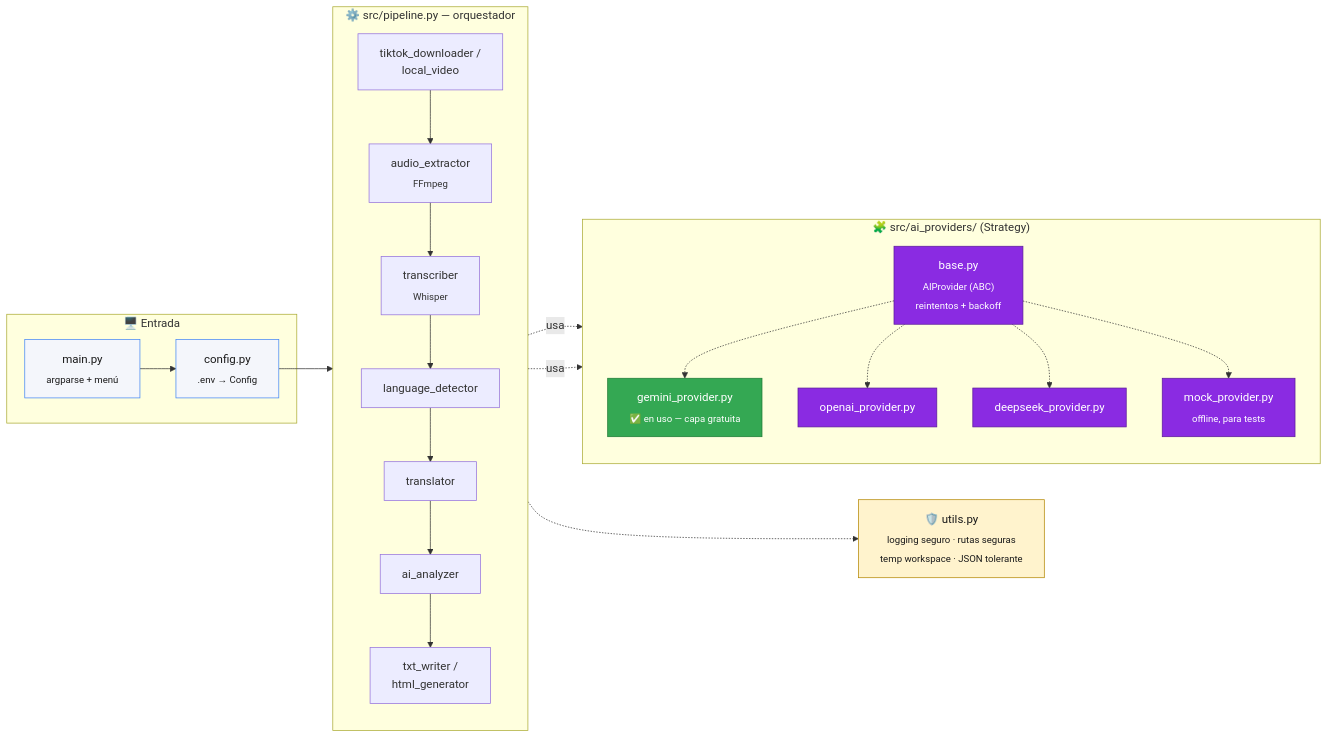
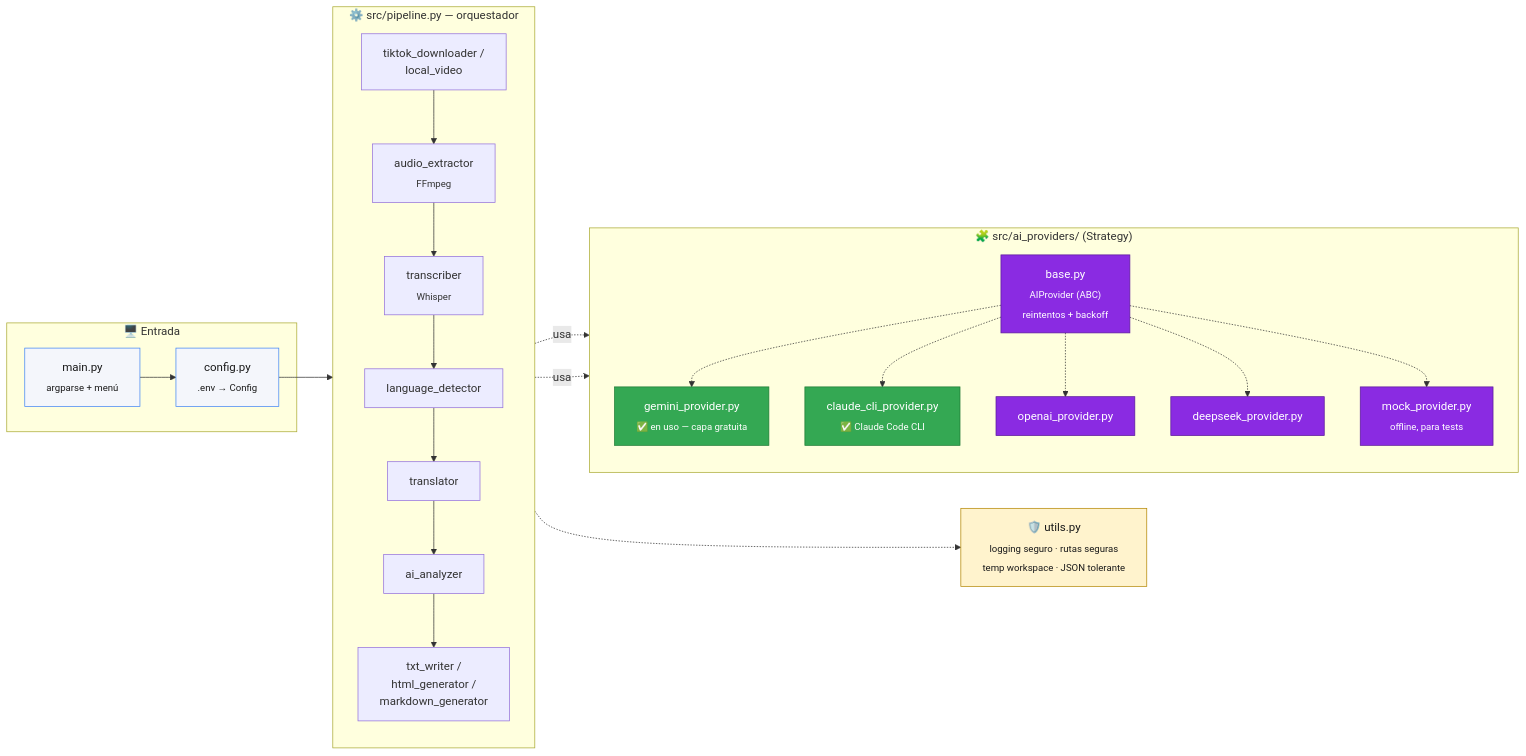
Before and after one commit to Javier3921/Extractor_texto_tiktok: the second of 2 diagrams in README.md, drawn with Mermaid. The commit also changed other lines of this file and 20 other files, not shown here.

First line of the commit message:
feat: Claude via Claude Code CLI y informe Markdown como opciones

````diff
--- a/README.md
+++ b/README.md
@@ -297,47 +341,49 @@
 ```mermaid
 flowchart LR
     subgraph CLI["🖥️ Entrada"]
         M["main.py<br/><sub>argparse + menú</sub>"]
         CFG["config.py<br/><sub>.env → Config</sub>"]
     end
 
     subgraph PIPE["⚙️ src/pipeline.py — orquestador"]
         direction TB
         S1["tiktok_downloader /<br/>local_video"]
         S2["audio_extractor<br/><sub>FFmpeg</sub>"]
         S3["transcriber<br/><sub>Whisper</sub>"]
         S4["language_detector"]
         S5["translator"]
         S6["ai_analyzer"]
-        S7["txt_writer /<br/>html_generator"]
+        S7["txt_writer /<br/>html_generator /<br/>markdown_generator"]
         S1 --> S2 --> S3 --> S4 --> S5 --> S6 --> S7
     end
 
     subgraph AI["🧩 src/ai_providers/ (Strategy)"]
         BASE["base.py<br/><sub>AIProvider (ABC)<br/>reintentos + backoff</sub>"]
         GEM["gemini_provider.py<br/><sub>✅ en uso — capa gratuita</sub>"]
+        CLA["claude_cli_provider.py<br/><sub>✅ Claude Code CLI</sub>"]
         OAI["openai_provider.py"]
         DS["deepseek_provider.py"]
         MOCK["mock_provider.py<br/><sub>offline, para tests</sub>"]
         BASE -.-> GEM
+        BASE -.-> CLA
         BASE -.-> OAI
         BASE -.-> DS
         BASE -.-> MOCK
     end
 
     UTILS["🛡️ utils.py<br/><sub>logging seguro · rutas seguras<br/>temp workspace · JSON tolerante</sub>"]
 
     M --> CFG --> PIPE
     S5 -.usa.-> AI
     S6 -.usa.-> AI
     PIPE -.-> UTILS
 
     classDef entrada fill:#f4f6fb,stroke:#4285F4,color:#1a1a1a
     classDef ia fill:#8A2BE2,stroke:#5b1a99,color:#fff
     classDef activo fill:#34A853,stroke:#1e7a34,color:#fff
     classDef util fill:#fff3cd,stroke:#b38600,color:#1a1a1a
     class M,CFG entrada
     class BASE,OAI,DS,MOCK ia
-    class GEM activo
+    class GEM,CLA activo
     class UTILS util
 ```
````
